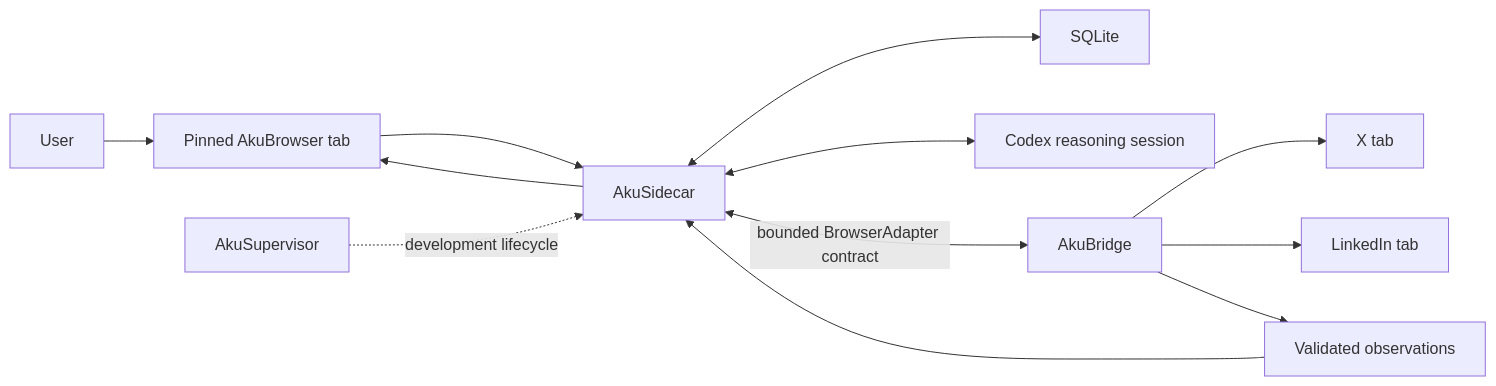
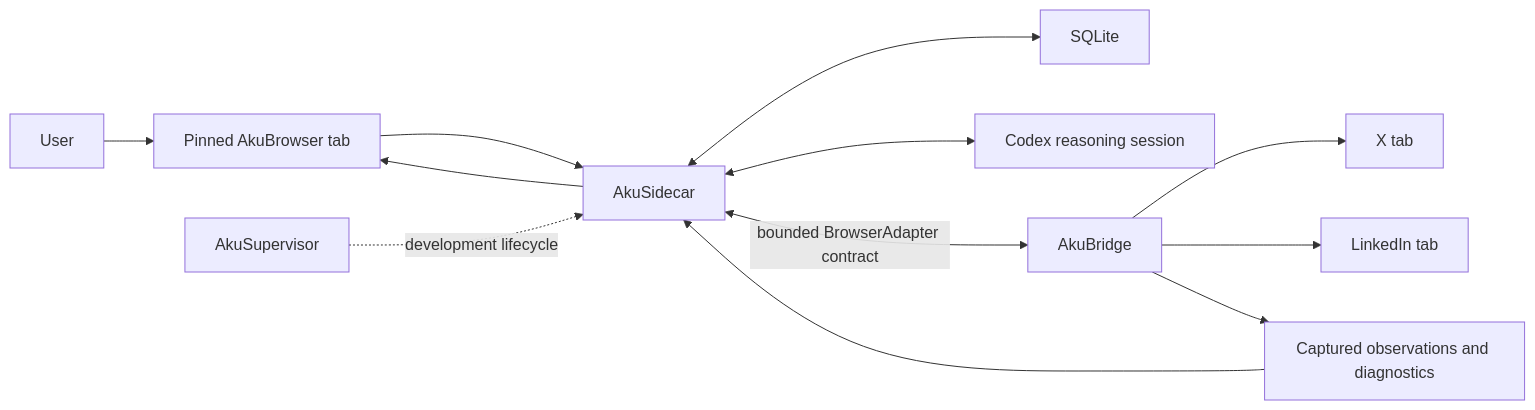
One commit to abangkis/AkuBrowser changed the first of 4 diagrams in docs/aku-browser-architecture.md. Above: the diagram before and after it, drawn with Mermaid. The commit also changed other lines of this file and 2 other files, not shown here.

````diff
--- a/docs/aku-browser-architecture.md
+++ b/docs/aku-browser-architecture.md
@@ -110,14 +110,14 @@
 ```mermaid
 flowchart LR
     U["User"] --> T["Pinned AkuBrowser tab"]
     T --> S["AkuSidecar"]
     S <--> DB["SQLite"]
     S <--> C["Codex reasoning session"]
     S <-->|"bounded BrowserAdapter contract"| E["AkuBridge"]
     E --> X["X tab"]
     E --> L["LinkedIn tab"]
-    E --> O["Validated observations"]
+    E --> O["Captured observations and diagnostics"]
     O --> S
     S --> T
     V["AkuSupervisor"] -. "development lifecycle" .-> S
 ```
````
